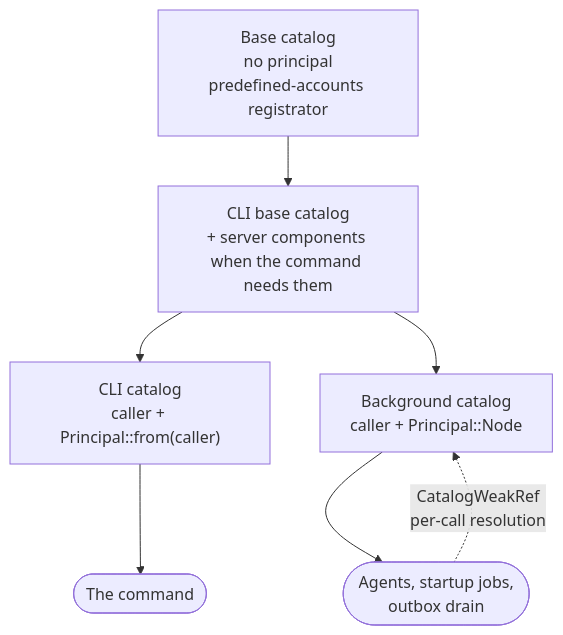
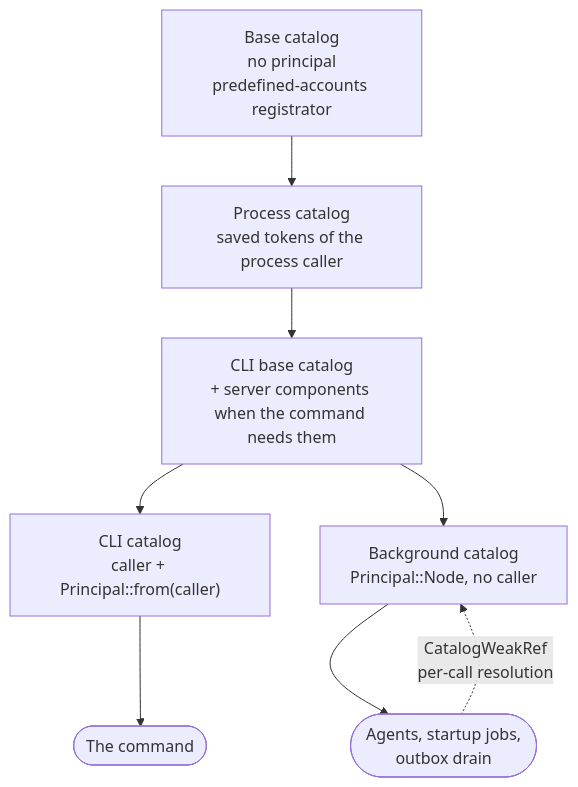
One commit to kamu-data/kamu-cli changed the diagram in docs/internal/identity.md. Above: the diagram before and after it, drawn with Mermaid. The commit also changed other lines of this file and 24 other files, not shown here.

Commit message:
Name scope and ownership from Principal; background catalogs hold no caller

````diff
--- a/docs/internal/identity.md
+++ b/docs/internal/identity.md
@@ -72,16 +93,18 @@
 ```mermaid
 flowchart TD
     BASE["Base catalog<br/>no principal<br/>predefined-accounts registrator"]
+    PROC["Process catalog<br/>saved tokens of the process caller"]
     CLIBASE["CLI base catalog<br/>+ server components when the command needs them"]
     CLI["CLI catalog<br/>caller + Principal::from(caller)"]
-    BG["Background catalog<br/>caller + Principal::Node"]
+    BG["Background catalog<br/>Principal::Node, no caller"]
     CMD(["The command"])
     AG(["Agents, startup jobs,<br/>outbox drain"])
 
-    BASE --> CLIBASE
+    BASE --> PROC
+    PROC --> CLIBASE
     CLIBASE --> CLI
     CLIBASE --> BG
     CLI --> CMD
     BG --> AG
     AG -. "CatalogWeakRef<br/>per-call resolution" .-> BG
 ```
````
